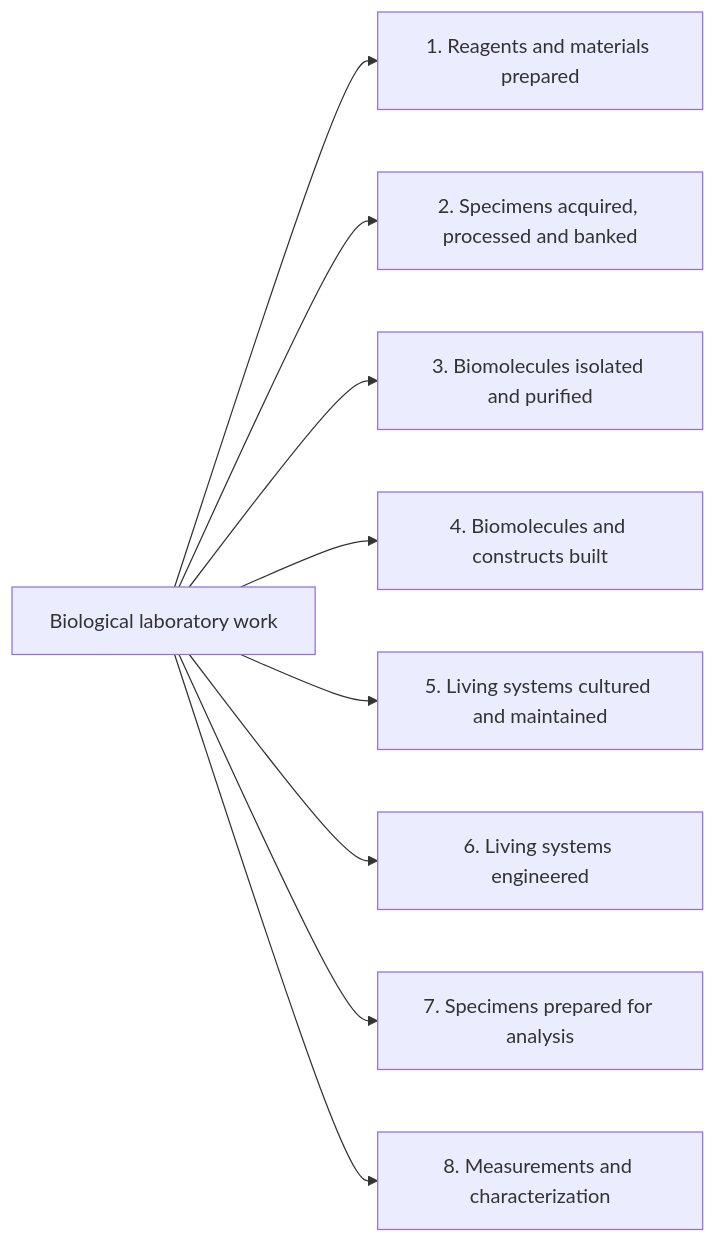
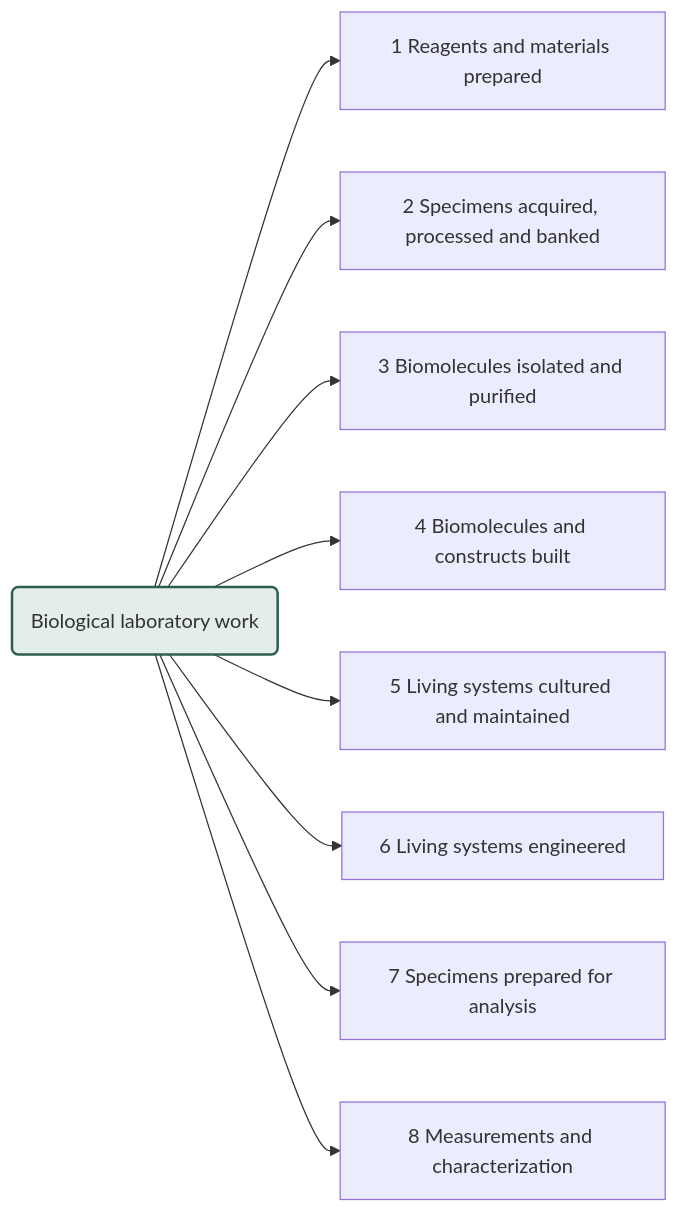
The second of 2 diagrams in README.md (cykim5/bio-workflow-taxonomy), drawn with Mermaid before and after one commit. The commit also changed other lines of this file and 2 other files, not shown here.

````diff
--- a/README.md
+++ b/README.md
@@ -17,12 +76,14 @@
 ```mermaid
 flowchart LR
-    ROOT["Biological laboratory work"]
-    ROOT --> N1["1. Reagents and materials prepared"]
-    ROOT --> N2["2. Specimens acquired, processed and banked"]
-    ROOT --> N3["3. Biomolecules isolated and purified"]
-    ROOT --> N4["4. Biomolecules and constructs built"]
-    ROOT --> N5["5. Living systems cultured and maintained"]
-    ROOT --> N6["6. Living systems engineered"]
-    ROOT --> N7["7. Specimens prepared for analysis"]
-    ROOT --> N8["8. Measurements and characterization"]
+    ROOT("Biological laboratory work")
+    ROOT --> N1["1 Reagents and materials prepared"]
+    ROOT --> N2["2 Specimens acquired, processed and banked"]
+    ROOT --> N3["3 Biomolecules isolated and purified"]
+    ROOT --> N4["4 Biomolecules and constructs built"]
+    ROOT --> N5["5 Living systems cultured and maintained"]
+    ROOT --> N6["6 Living systems engineered"]
+    ROOT --> N7["7 Specimens prepared for analysis"]
+    ROOT --> N8["8 Measurements and characterization"]
+    class ROOT root;
+    classDef root fill:#e4eee9,stroke:#2f5d50,stroke-width:2px;
 ```
````
